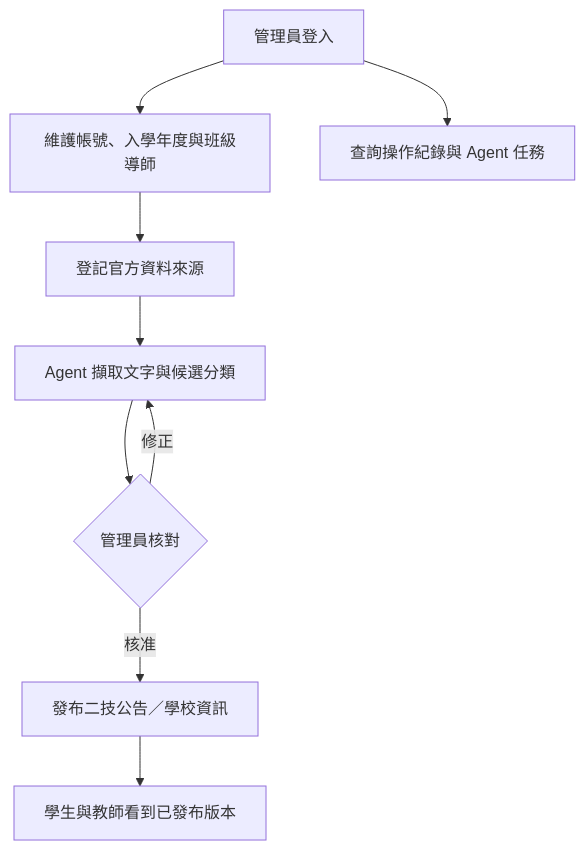
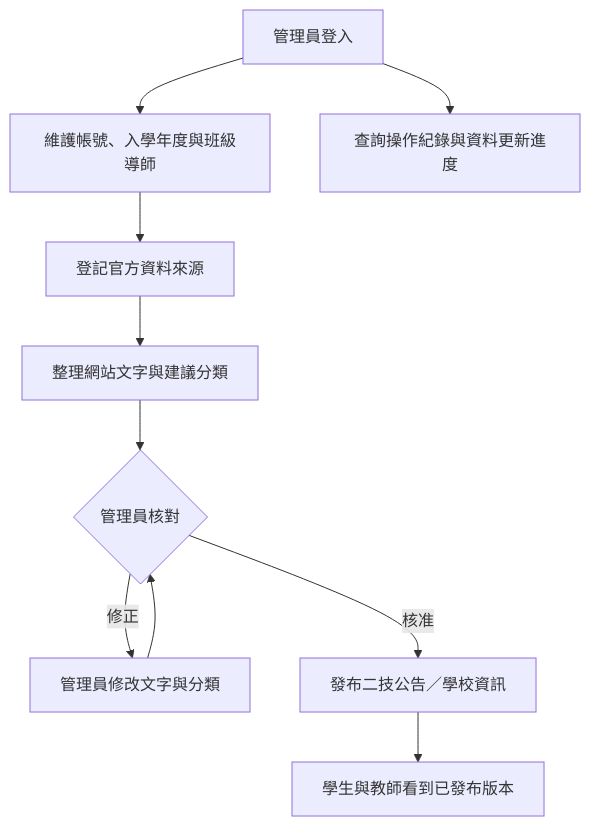
Before and after one commit to vujhdcusa/1028: the diagram in docs/images/D-39-admin-detailed-flow.mmd, drawn with Mermaid. The commit also changed 79 other files, not shown here.

First line of the commit message:
雲端副本符合度檢查與排版修正；提交 GPT 未提交的流程圖；修正圖 26、32；流程圖大全簡報補齊圖片

```diff
--- a/docs/images/D-39-admin-detailed-flow.mmd
+++ b/docs/images/D-39-admin-detailed-flow.mmd
@@ -1,9 +1,10 @@
 flowchart TD
   A[管理員登入] --> B[維護帳號、入學年度與班級導師]
   B --> C[登記官方資料來源]
-  C --> D[Agent 擷取文字與候選分類]
+  C --> D[整理網站文字與建議分類]
   D --> E{管理員核對}
-  E -- 修正 --> D
+  E -- 修正 --> E1[管理員修改文字與分類]
+  E1 --> E
   E -- 核准 --> F[發布二技公告／學校資訊]
   F --> G[學生與教師看到已發布版本]
-  A --> H[查詢操作紀錄與 Agent 任務]
+  A --> H[查詢操作紀錄與資料更新進度]
```
